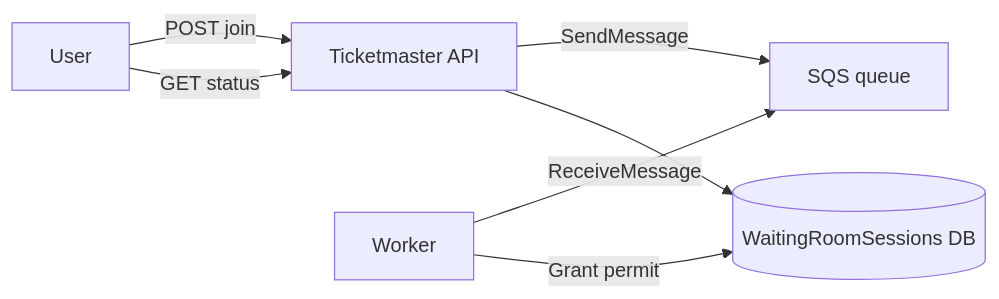
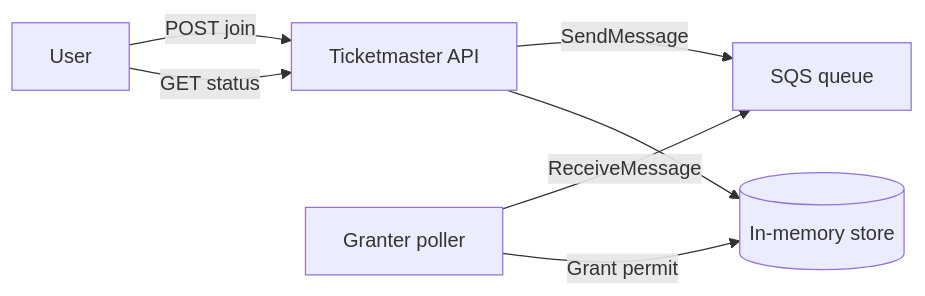
One commit to ShalomDeitch1/examples changed the first of 2 diagrams in ticketmaster/tech-waiting-room/sqs/README.md. Above: the diagram before and after it, drawn with Mermaid. The commit also changed other lines of this file and 81 other files, not shown here.

Commit message:
tech-waiting-room: start working, tests a bit bland

````diff
--- a/ticketmaster/tech-waiting-room/sqs/README.md
+++ b/ticketmaster/tech-waiting-room/sqs/README.md
@@ -22,9 +24,9 @@
 ```mermaid
 flowchart LR
   U[User] -->|POST join| TM[Ticketmaster API]
   TM -->|SendMessage| Q[SQS queue]
-  W[Worker] -->|ReceiveMessage| Q
-  W -->|Grant permit| DB[(WaitingRoomSessions DB)]
+  W[Granter poller] -->|ReceiveMessage| Q
+  W -->|Grant permit| S[(In-memory store)]
   U -->|GET status| TM
-  TM --> DB
+  TM --> S
 ```
````
